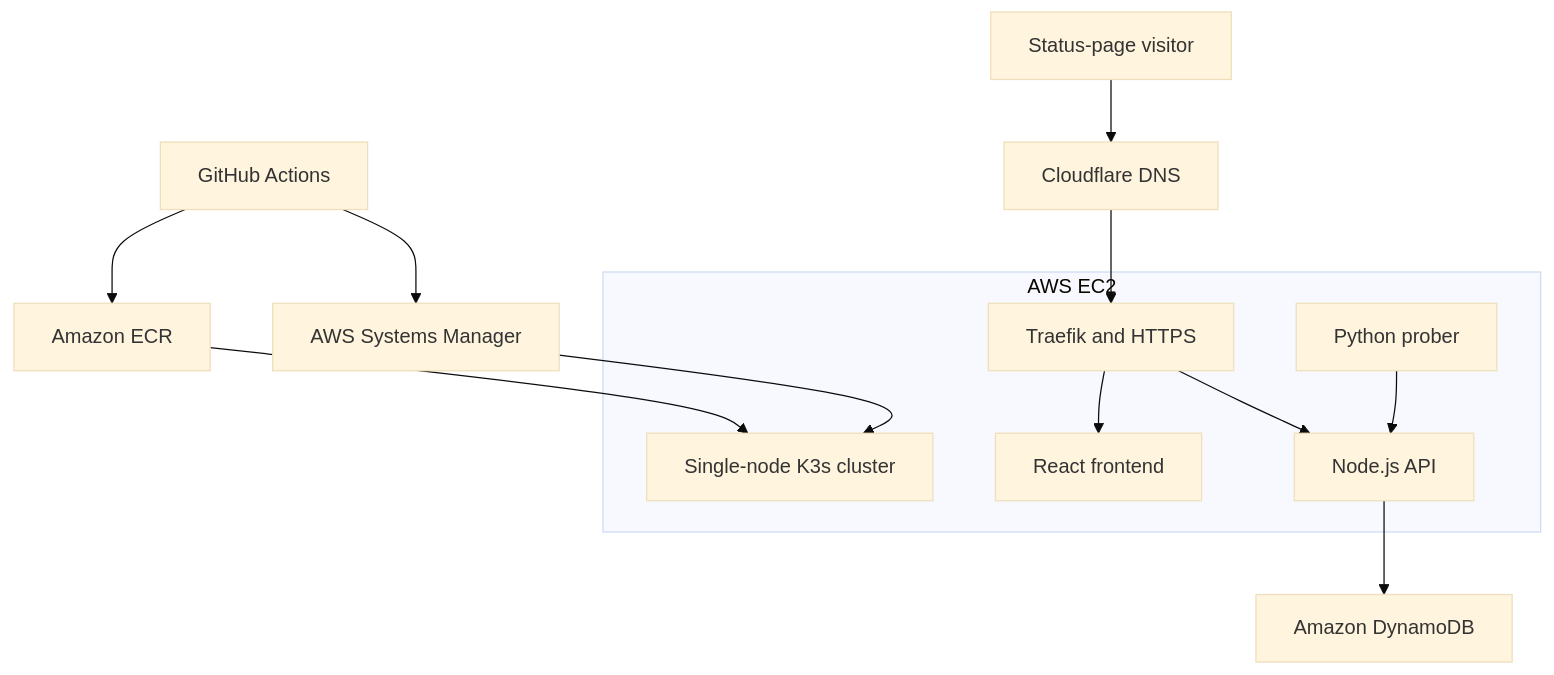
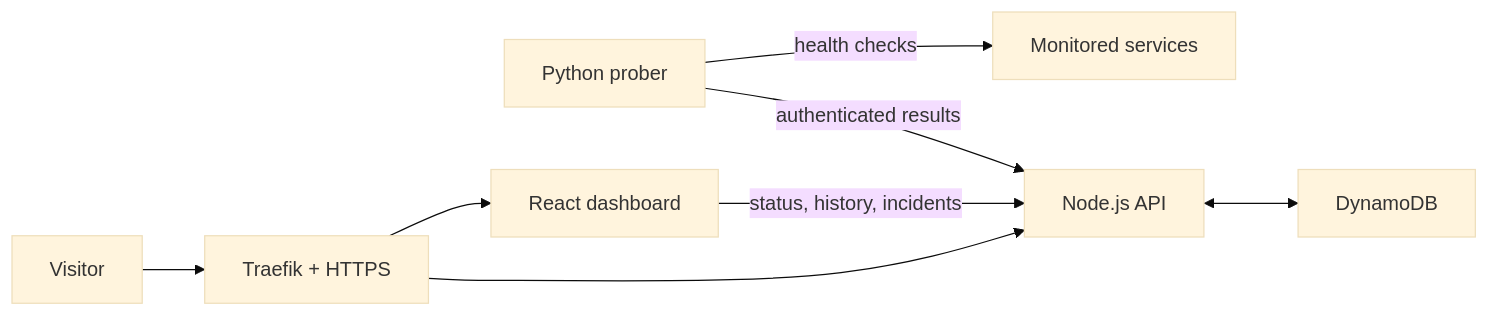
One commit to TravelReg/status-platform changed the diagram in README.md. Above: the diagram before and after it, drawn with Mermaid (base theme). The commit also changed other lines of this file and 3 other files, not shown here.

````diff
--- a/README.md
+++ b/README.md
@@ -11,19 +11,10 @@
 ```mermaid
-flowchart TB
-    Visitor["Status-page visitor"] --> DNS["Cloudflare DNS"]
-    DNS --> Traefik["Traefik and HTTPS"]
-
-    GitHub["GitHub Actions"] --> ECR["Amazon ECR"]
-    GitHub --> SSM["AWS Systems Manager"]
-    ECR --> K3s
-    SSM --> K3s
-
-    subgraph EC2["AWS EC2"]
-        K3s["Single-node K3s cluster"]
-        Traefik --> Frontend["React frontend"]
-        Traefik --> API["Node.js API"]
-        Prober["Python prober"] --> API
-    end
-
-    API --> DynamoDB["Amazon DynamoDB"]
+flowchart LR
+    Prober["Python prober"] -->|health checks| Services["Monitored services"]
+    Prober -->|authenticated results| API["Node.js API"]
+    API <--> DynamoDB["DynamoDB"]
+    Dashboard["React dashboard"] -->|status, history, incidents| API
+    Visitor["Visitor"] --> Traefik["Traefik + HTTPS"]
+    Traefik --> Dashboard
+    Traefik --> API
 ```
````
